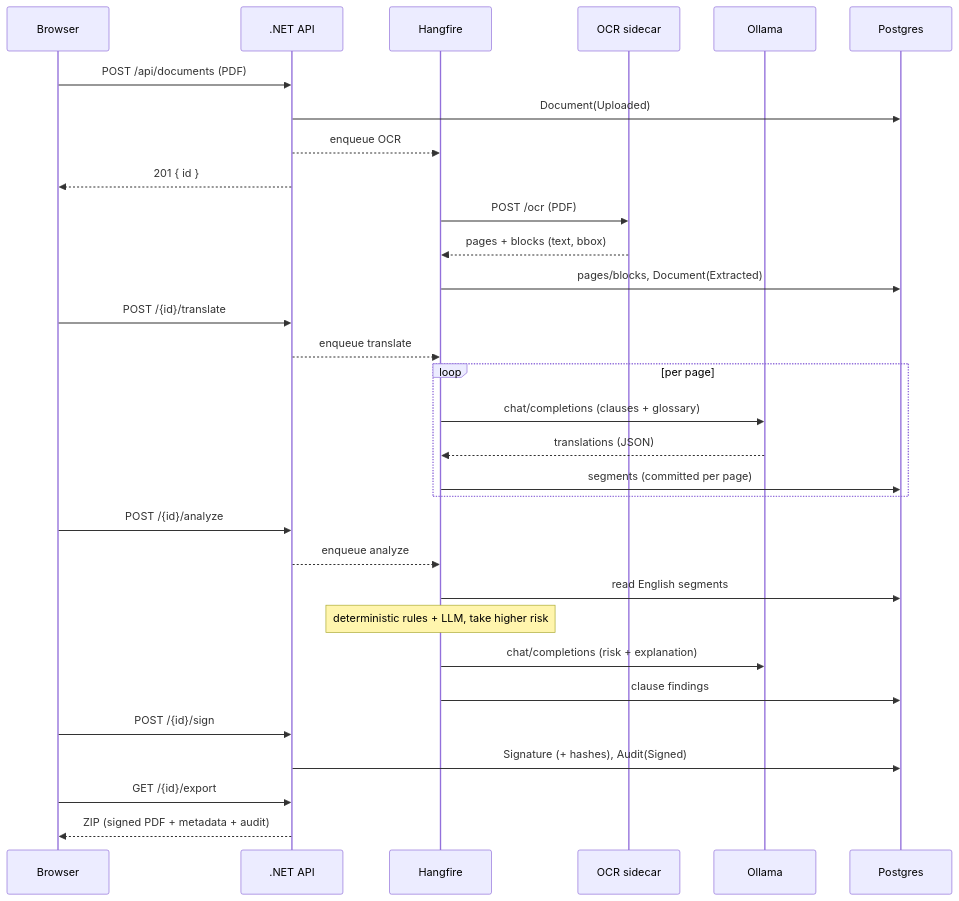
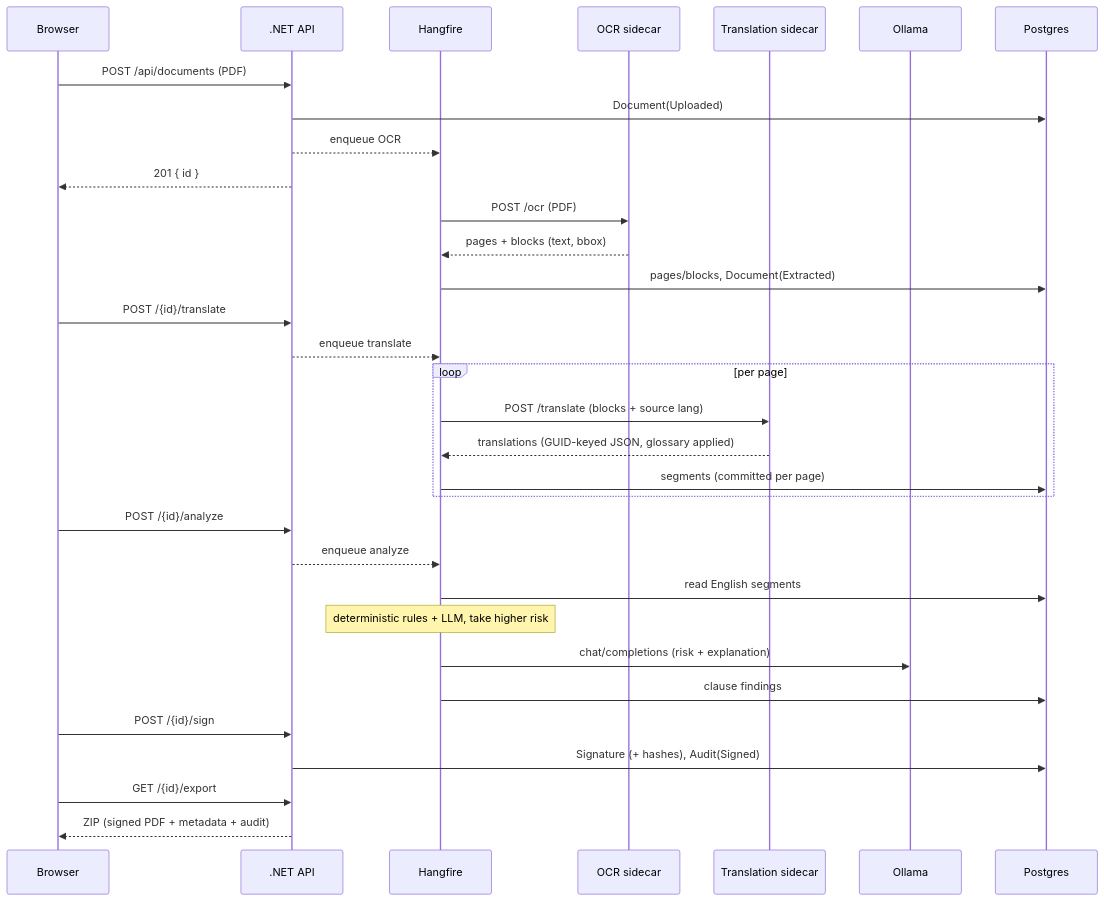
The second of 4 diagrams in docs/ARCHITECTURE.md (dnaidoo621/MultilanguageDocSign), drawn with Mermaid before and after one commit. The commit also changed other lines of this file and 3 other files, not shown here.

First line of the commit message:
Update docs to reflect MarianMT translation sidecar

````diff
--- a/docs/ARCHITECTURE.md
+++ b/docs/ARCHITECTURE.md
@@ -75,38 +76,39 @@
 ```mermaid
 sequenceDiagram
     participant U as Browser
     participant A as .NET API
     participant H as Hangfire
     participant O as OCR sidecar
+    participant T as Translation sidecar
     participant L as Ollama
     participant DB as Postgres
 
     U->>A: POST /api/documents (PDF)
     A->>DB: Document(Uploaded)
     A-->>H: enqueue OCR
     A-->>U: 201 { id }
 
     H->>O: POST /ocr (PDF)
     O-->>H: pages + blocks (text, bbox)
     H->>DB: pages/blocks, Document(Extracted)
 
     U->>A: POST /{id}/translate
     A-->>H: enqueue translate
     loop per page
-        H->>L: chat/completions (clauses + glossary)
-        L-->>H: translations (JSON)
+        H->>T: POST /translate (blocks + source lang)
+        T-->>H: translations (GUID-keyed JSON, glossary applied)
         H->>DB: segments (committed per page)
     end
 
     U->>A: POST /{id}/analyze
     A-->>H: enqueue analyze
     H->>DB: read English segments
     Note over H: deterministic rules + LLM, take higher risk
     H->>L: chat/completions (risk + explanation)
     H->>DB: clause findings
 
     U->>A: POST /{id}/sign
     A->>DB: Signature (+ hashes), Audit(Signed)
     U->>A: GET /{id}/export
     A-->>U: ZIP (signed PDF + metadata + audit)
 ```
````
